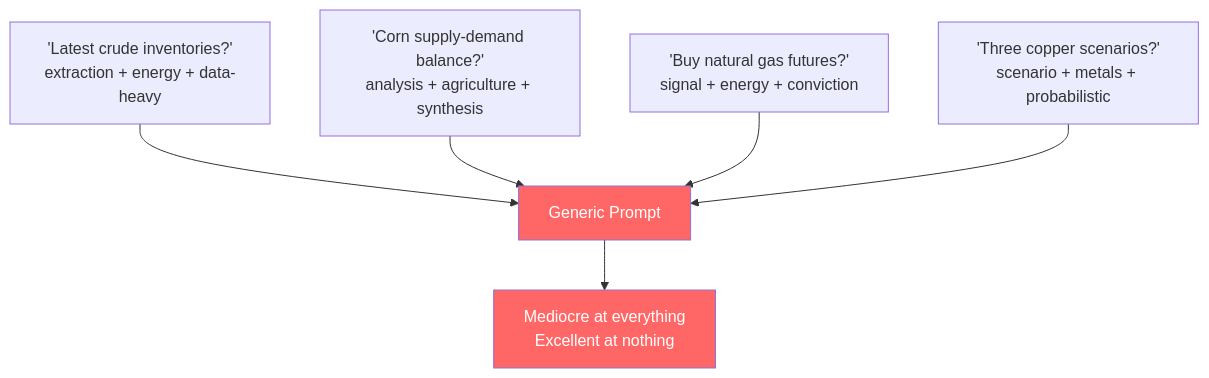
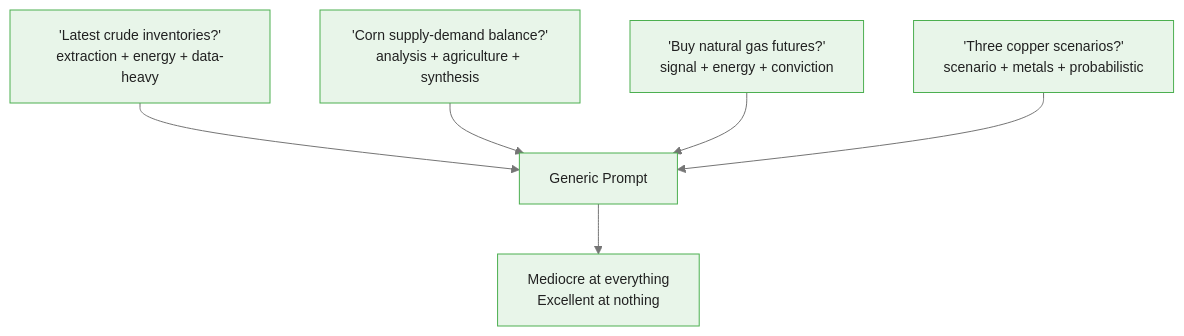
The first of 5 diagrams in courses/multi-armed-bandits-ab-testing/modules/module_08_prompt_routing_bandits/guides/03_contextual_prompt_routing_slides.md (m-deane/course-creator), drawn with Mermaid before and after one commit. The commit also changed other lines of this file and 146 other files, not shown here.

````diff
--- a/courses/multi-armed-bandits-ab-testing/modules/module_08_prompt_routing_bandits/guides/03_contextual_prompt_routing_slides.md
+++ b/courses/multi-armed-bandits-ab-testing/modules/module_08_prompt_routing_bandits/guides/03_contextual_prompt_routing_slides.md
@@ -30,12 +37,10 @@
 ```mermaid
+%%{init: {"theme": "base", "themeVariables": {"primaryColor": "#e8f5e9", "primaryBorderColor": "#4caf50", "primaryTextColor": "#212121", "secondaryColor": "#e3f2fd", "tertiaryColor": "#fff8e1", "lineColor": "#757575", "fontFamily": "Inter, sans-serif", "fontSize": "14px"}}}%%
 flowchart TD
     Q1["'Latest crude inventories?'<br/>extraction + energy + data-heavy"] --> Generic["Generic Prompt"]
     Q2["'Corn supply-demand balance?'<br/>analysis + agriculture + synthesis"] --> Generic
     Q3["'Buy natural gas futures?'<br/>signal + energy + conviction"] --> Generic
     Q4["'Three copper scenarios?'<br/>scenario + metals + probabilistic"] --> Generic
 
     Generic --> Result["Mediocre at everything<br/>Excellent at nothing"]
-
-    style Generic fill:#f66,color:#fff
-    style Result fill:#f66,color:#fff
 ```
````
